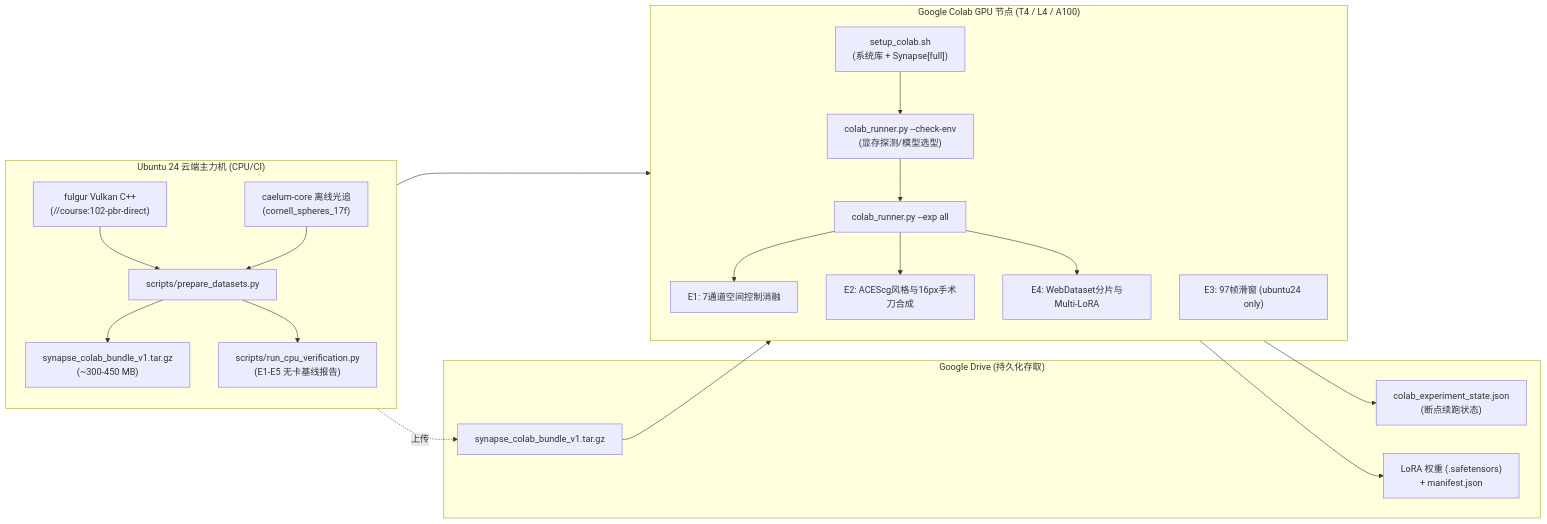
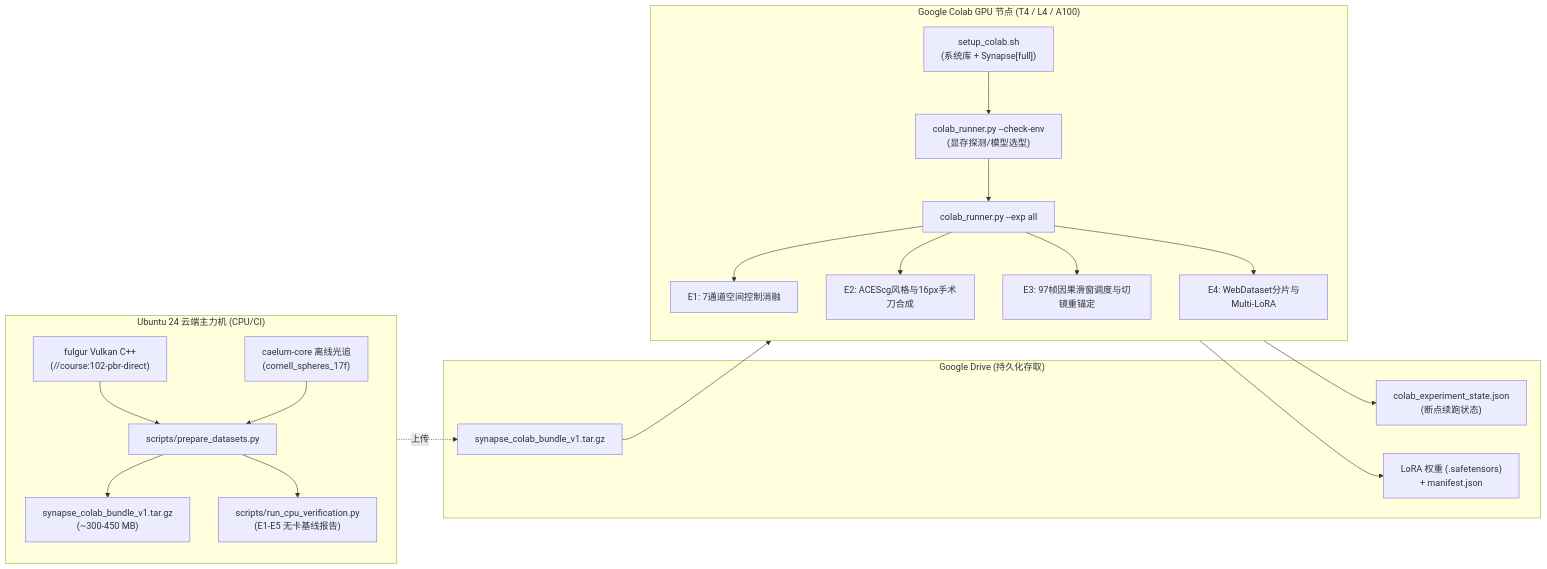
One commit to sautille-stroke/synapse changed the diagram in workenv/google-colab/README.md. Above: the diagram before and after it, drawn with Mermaid. The commit also changed other lines of this file and 22 other files, not shown here.

````diff
--- a/workenv/google-colab/README.md
+++ b/workenv/google-colab/README.md
@@ -11,31 +11,31 @@
 ```mermaid
 flowchart LR
     subgraph S1["Ubuntu 24 云端主力机 (CPU/CI)"]
         direction TB
         Fulgur["fulgur Vulkan C++<br/>(//course:102-pbr-direct)"] --> Pack["scripts/prepare_datasets.py"]
         Caelum["caelum-core 离线光追<br/>(cornell_spheres_17f)"] --> Pack
         Pack --> Tar["synapse_colab_bundle_v1.tar.gz<br/>(~300-450 MB)"]
         Pack --> Verify["scripts/run_cpu_verification.py<br/>(E1-E5 无卡基线报告)"]
     end
 
     subgraph S2["Google Drive (持久化存取)"]
         GD_Tar["synapse_colab_bundle_v1.tar.gz"]
         GD_State["colab_experiment_state.json<br/>(断点续跑状态)"]
         GD_Weights["LoRA 权重 (.safetensors)<br/>+ manifest.json"]
     end
 
     subgraph S3["Google Colab GPU 节点 (T4 / L4 / A100)"]
         direction TB
         Setup["setup_colab.sh<br/>(系统库 + Synapse[full])"] --> Detect["colab_runner.py --check-env<br/>(显存探测/模型选型)"]
         Detect --> Run["colab_runner.py --exp all"]
         Run --> E1["E1: 7通道空间控制消融"]
         Run --> E2["E2: ACEScg风格与16px手术刀合成"]
-        Verify --> E3["E3: 97帧滑窗 (ubuntu24 only)"]
+        Run --> E3["E3: 97帧因果滑窗调度与切镜重锚定"]
         Run --> E4["E4: WebDataset分片与Multi-LoRA"]
     end
 
     Tar -.上传.-> GD_Tar
     GD_Tar --> Setup
     Run --> GD_State
     Run --> GD_Weights
 ```
````
